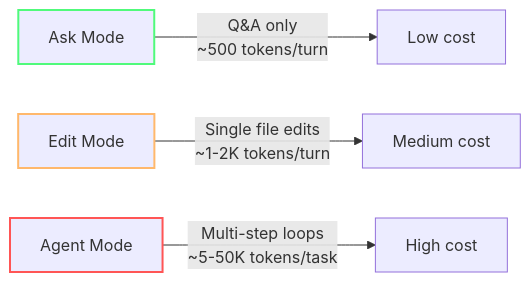
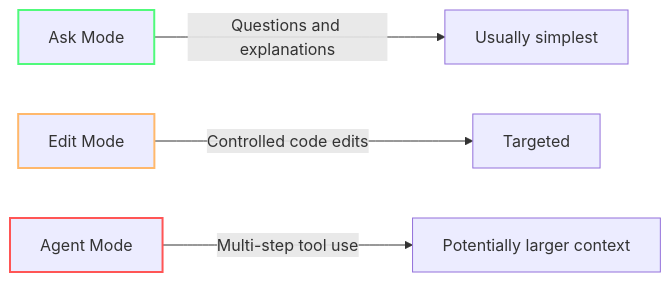
The second of 7 diagrams in token-economy-course/src/content/docs/en/07-agents-mcp.mdx (dandahprecio/vibe-on-budget), drawn with Mermaid before and after one commit. The commit also changed other lines of this file and 26 other files, not shown here.

````diff
--- a/token-economy-course/src/content/docs/en/07-agents-mcp.mdx
+++ b/token-economy-course/src/content/docs/en/07-agents-mcp.mdx
@@ -59,10 +58,10 @@
 ```mermaid
 flowchart LR
-    A[Ask Mode] -->|"Q&A only<br/>~500 tokens/turn"| A1[Low cost]
-    B[Edit Mode] -->|"Single file edits<br/>~1-2K tokens/turn"| B1[Medium cost]
-    C[Agent Mode] -->|"Multi-step loops<br/>~5-50K tokens/task"| C1[High cost]
+    A[Ask Mode] -->|"Questions and explanations"| A1[Usually simplest]
+    B[Edit Mode] -->|"Controlled code edits"| B1[Targeted]
+    C[Agent Mode] -->|"Multi-step tool use"| C1[Potentially larger context]
     
     style A stroke:#50fa7b,stroke-width:2px
     style B stroke:#ffb86c,stroke-width:2px
     style C stroke:#ff5555,stroke-width:2px
 ```
````
